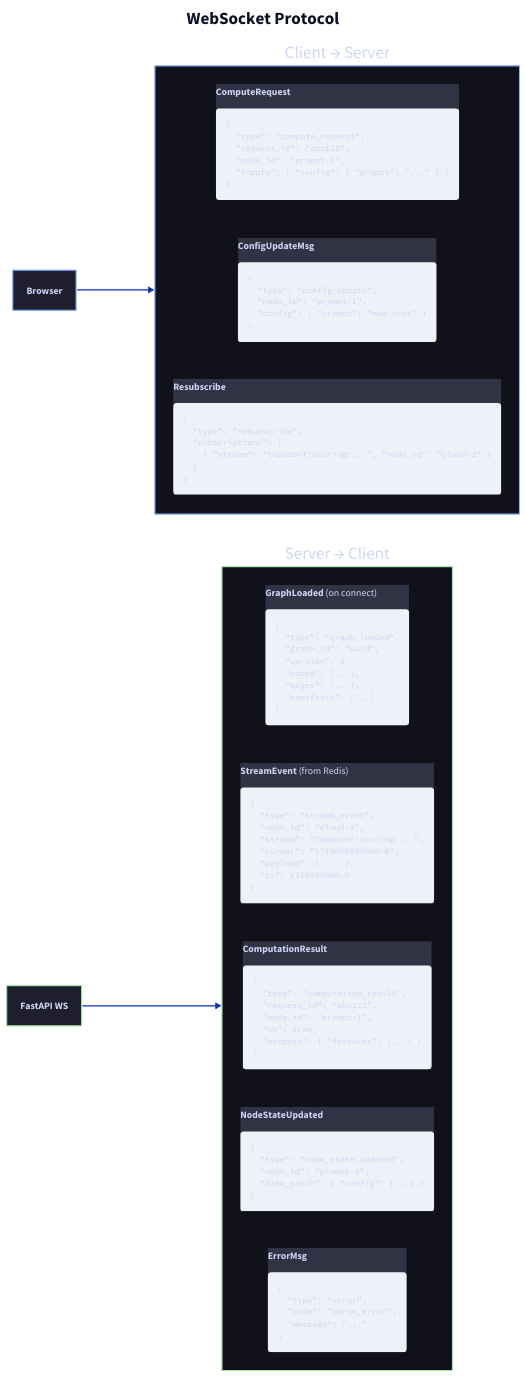
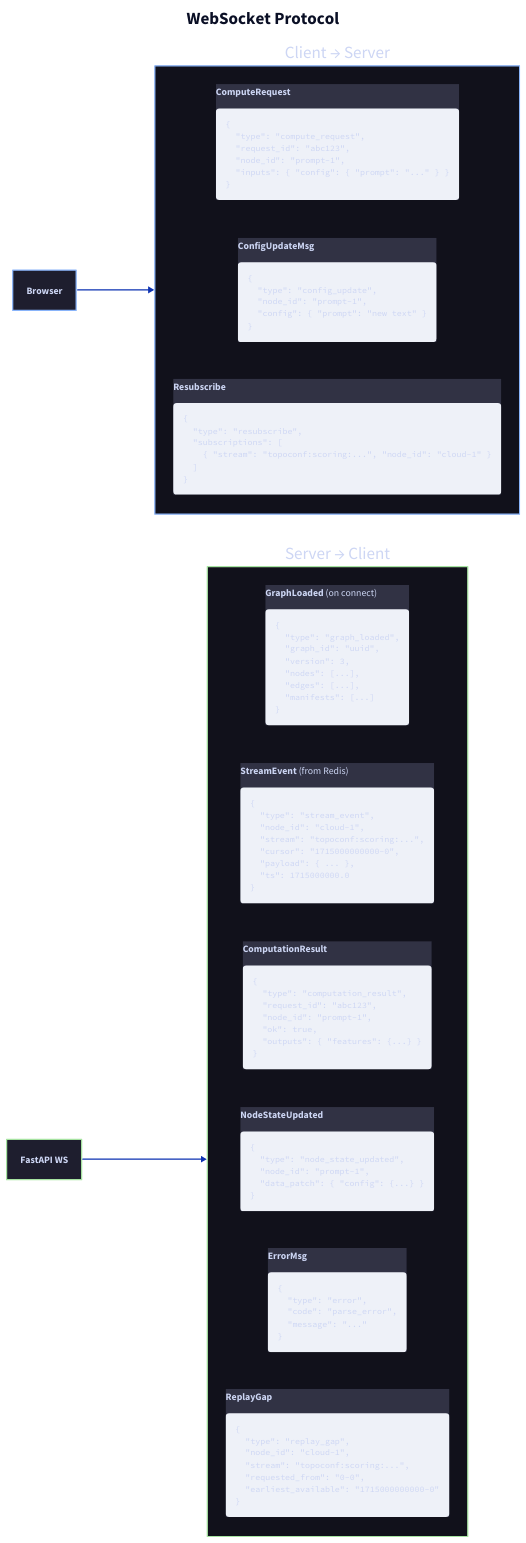
Before and after one commit to musicofhel/node-graph-substrate: the diagram in docs/diagrams/03-ws-protocol.d2, drawn with D2. The commit also changed 31 other files, not shown here.

First line of the commit message:
Update all documentation to reflect 20-node/3-canvas architecture

````diff
--- a/docs/diagrams/03-ws-protocol.d2
+++ b/docs/diagrams/03-ws-protocol.d2
@@ -1,166 +1,183 @@
 direction: right
 
 title: {
   label: WebSocket Protocol
   near: top-center
   shape: text
   style.font-size: 28
   style.bold: true
 }
 
 client: Browser {
   style.fill: "#1e1e2e"
   style.stroke: "#89b4fa"
   style.font-color: "#cdd6f4"
 }
 
 server: FastAPI WS {
   style.fill: "#1e1e2e"
   style.stroke: "#a6e3a1"
   style.font-color: "#cdd6f4"
 }
 
 client_msgs: "Client → Server" {
   style.fill: "#11111b"
   style.stroke: "#89b4fa"
   style.font-color: "#cdd6f4"
 
   compute: ComputeRequest {
     style.fill: "#313244"
     style.font-color: "#cdd6f4"
     label: |md
       **ComputeRequest**
       ```json
       {
         "type": "compute_request",
         "request_id": "abc123",
         "node_id": "prompt-1",
         "inputs": { "config": { "prompt": "..." } }
       }
       ```
     |
   }
 
   config: ConfigUpdateMsg {
     style.fill: "#313244"
     style.font-color: "#cdd6f4"
     label: |md
       **ConfigUpdateMsg**
       ```json
       {
         "type": "config_update",
         "node_id": "prompt-1",
         "config": { "prompt": "new text" }
       }
       ```
     |
   }
 
   resub: Resubscribe {
     style.fill: "#313244"
     style.font-color: "#cdd6f4"
     label: |md
       **Resubscribe**
       ```json
       {
         "type": "resubscribe",
         "subscriptions": [
           { "stream": "topoconf:scoring:...", "node_id": "cloud-1" }
         ]
       }
       ```
     |
   }
 }
 
 server_msgs: "Server → Client" {
   style.fill: "#11111b"
   style.stroke: "#a6e3a1"
   style.font-color: "#cdd6f4"
 
   loaded: GraphLoaded {
     style.fill: "#313244"
     style.font-color: "#cdd6f4"
     label: |md
       **GraphLoaded** (on connect)
       ```json
       {
         "type": "graph_loaded",
         "graph_id": "uuid",
         "version": 3,
         "nodes": [...],
         "edges": [...],
         "manifests": [...]
       }
       ```
     |
   }
 
   stream: StreamEvent {
     style.fill: "#313244"
     style.font-color: "#cdd6f4"
     label: |md
       **StreamEvent** (from Redis)
       ```json
       {
         "type": "stream_event",
         "node_id": "cloud-1",
         "stream": "topoconf:scoring:...",
         "cursor": "1715000000000-0",
         "payload": { ... },
         "ts": 1715000000.0
       }
       ```
     |
   }
 
   result: ComputationResult {
     style.fill: "#313244"
     style.font-color: "#cdd6f4"
     label: |md
       **ComputationResult**
       ```json
       {
         "type": "computation_result",
         "request_id": "abc123",
         "node_id": "prompt-1",
         "ok": true,
         "outputs": { "features": {...} }
       }
       ```
     |
   }
 
   state: NodeStateUpdated {
     style.fill: "#313244"
     style.font-color: "#cdd6f4"
     label: |md
       **NodeStateUpdated**
       ```json
       {
         "type": "node_state_updated",
         "node_id": "prompt-1",
         "data_patch": { "config": {...} }
       }
       ```
     |
   }
 
   error: ErrorMsg {
     style.fill: "#313244"
     style.font-color: "#cdd6f4"
     label: |md
       **ErrorMsg**
       ```json
       {
         "type": "error",
         "code": "parse_error",
         "message": "..."
       }
       ```
     |
   }
+
+  replay_gap: ReplayGap {
+    style.fill: "#313244"
+    style.font-color: "#cdd6f4"
+    label: |md
+      **ReplayGap**
+      ```json
+      {
+        "type": "replay_gap",
+        "node_id": "cloud-1",
+        "stream": "topoconf:scoring:...",
+        "requested_from": "0-0",
+        "earliest_available": "1715000000000-0"
+      }
+      ```
+    |
+  }
 }
 
 client -> client_msgs
 server -> server_msgs
````
